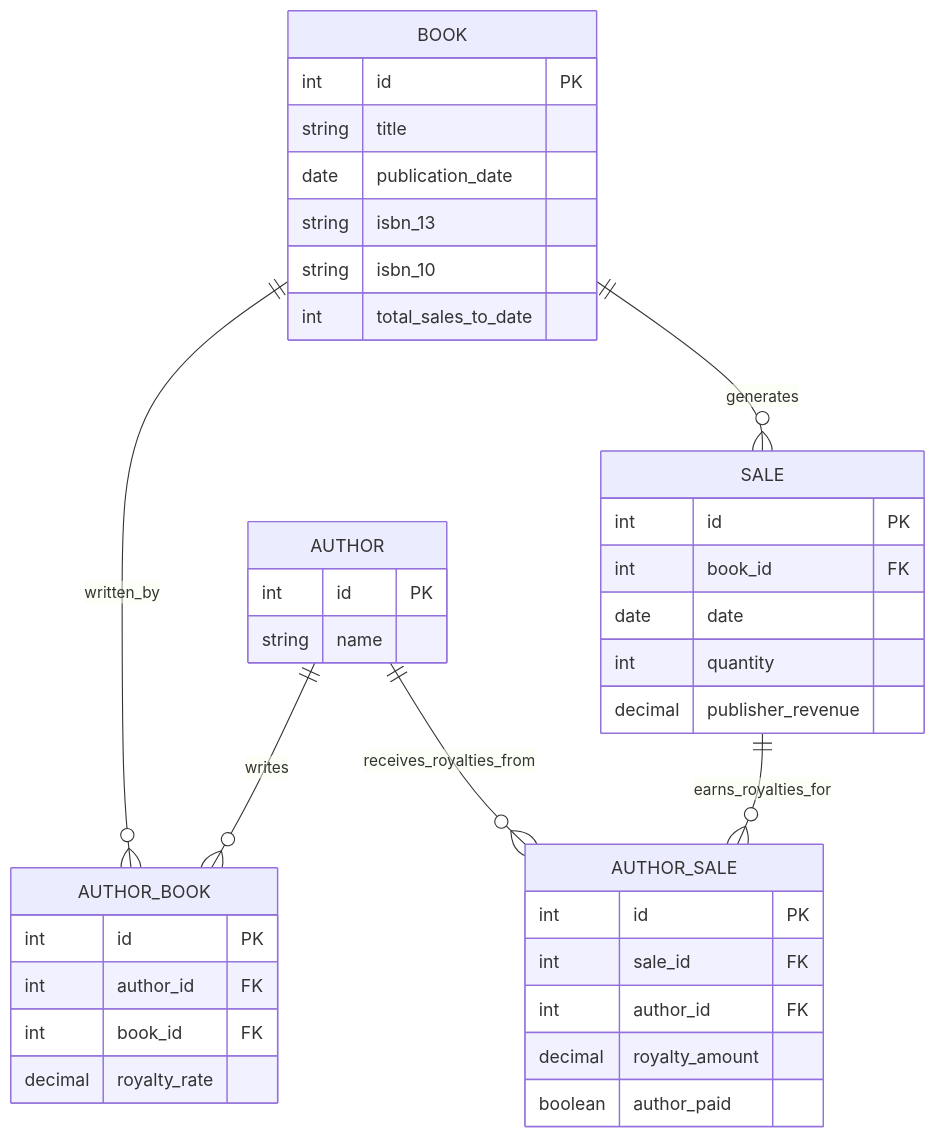
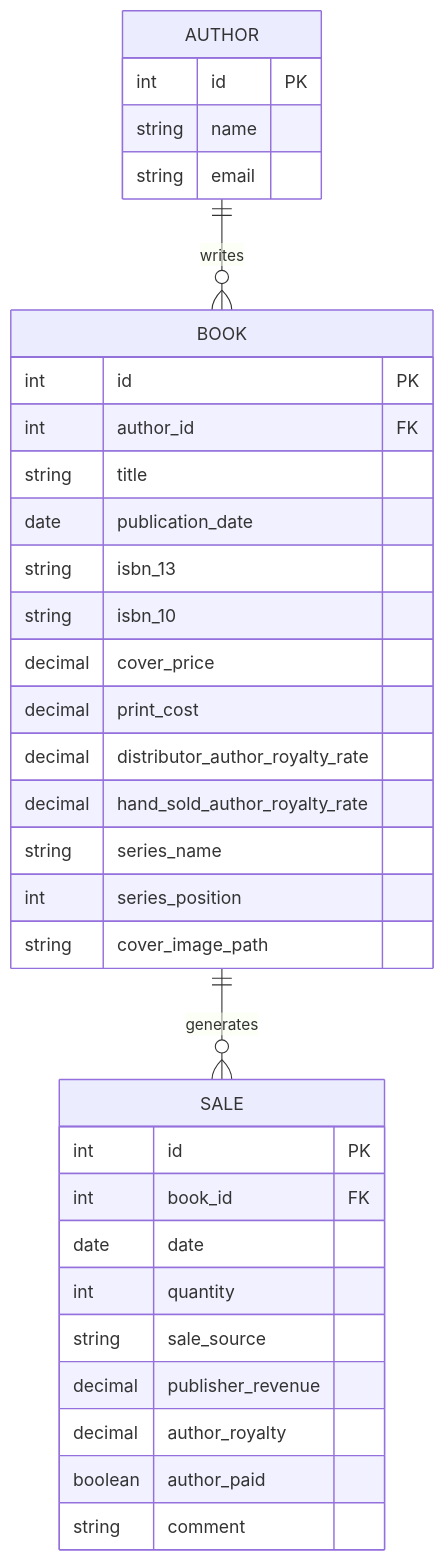
The second of 2 diagrams in DEVELOPER_GUIDE.md (judyhe19/book-publishing-app), drawn with Mermaid before and after one commit. The commit also changed other lines of this file and 8 other files, not shown here.

Commit message:
fixed data not updating without a page reload for editing sales and author data

````diff
--- a/DEVELOPER_GUIDE.md
+++ b/DEVELOPER_GUIDE.md
@@ -101,45 +103,39 @@
 ```mermaid
 erDiagram
-    AUTHOR ||--o{ AUTHOR_BOOK : writes
-    BOOK ||--o{ AUTHOR_BOOK : written_by
+    AUTHOR ||--o{ BOOK : writes
     BOOK ||--o{ SALE : generates
-    SALE ||--o{ AUTHOR_SALE : earns_royalties_for
-    AUTHOR ||--o{ AUTHOR_SALE : receives_royalties_from
 
     AUTHOR {
         int id PK
         string name
+        string email
     }
 
     BOOK {
         int id PK
+        int author_id FK
         string title
         date publication_date
         string isbn_13
         string isbn_10
-        int total_sales_to_date
-    }
-
-    AUTHOR_BOOK {
-        int id PK
-        int author_id FK
-        int book_id FK
-        decimal royalty_rate
+        decimal cover_price
+        decimal print_cost
+        decimal distributor_author_royalty_rate
+        decimal hand_sold_author_royalty_rate
+        string series_name
+        int series_position
+        string cover_image_path
     }
 
     SALE {
         int id PK
         int book_id FK
         date date
         int quantity
+        string sale_source
         decimal publisher_revenue
-    }
-
-    AUTHOR_SALE {
-        int id PK
-        int sale_id FK
-        int author_id FK
-        decimal royalty_amount
+        decimal author_royalty
         boolean author_paid
+        string comment
     }
 ```
````
